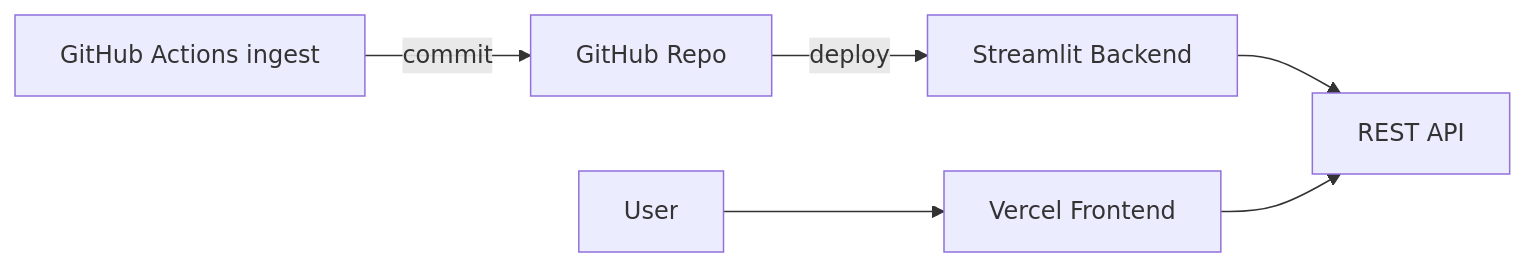
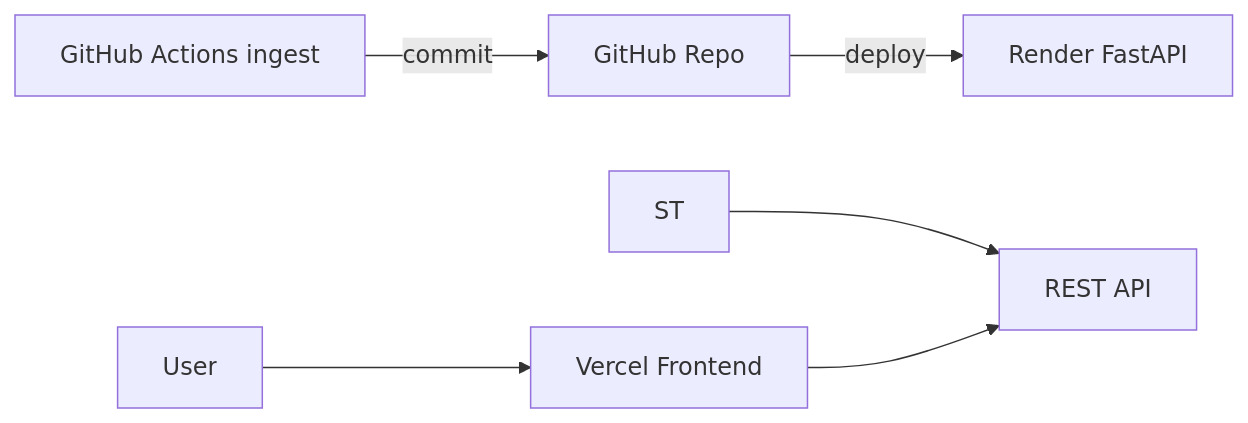
The eighth of 9 diagrams in docs/architecture.md (prateek12rai/NL_Grad_ChatGPT), drawn with Mermaid before and after one commit. The commit also changed other lines of this file and 14 other files, not shown here.

````diff
--- a/docs/architecture.md
+++ b/docs/architecture.md
@@ -906,8 +906,8 @@
 ```mermaid
 flowchart LR
     GHA[GitHub Actions ingest] -->|commit| REPO[GitHub Repo]
-    REPO -->|deploy| ST[Streamlit Backend]
+    REPO -->|deploy| RENDER[Render FastAPI]
     ST --> API[REST API]
   Vercel[Vercel Frontend] --> API
     U[User] --> Vercel
 ```
````
